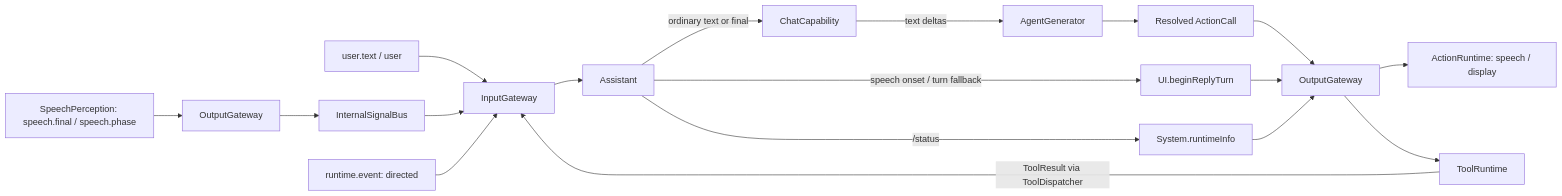
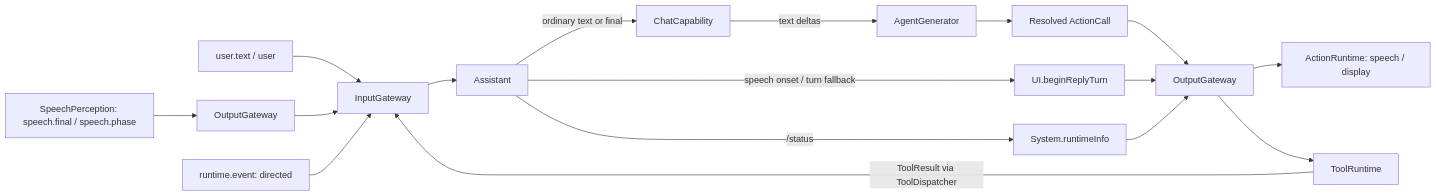
One commit to devilyouwei/MobileHarness changed the third of 3 diagrams in MobileHarness/Agents/Assistant/README.md. Above: the diagram before and after it, drawn with Mermaid. The commit also changed 40 other files, not shown here.

Commit message:
refactor: replace signal bus with direct gateway admission

````diff
--- a/MobileHarness/Agents/Assistant/README.md
+++ b/MobileHarness/Agents/Assistant/README.md
@@ -87,19 +87,19 @@
 ```mermaid
 flowchart LR
     User["user.text / user"] --> IG[InputGateway]
     Speech["SpeechPerception: speech.final / speech.phase"] --> OG1[OutputGateway]
-    OG1 --> Bus[InternalSignalBus] --> IG
+    OG1 --> IG
     Runtime["runtime.event: directed"] --> IG
     IG --> A[Assistant]
     A -->|ordinary text or final| Chat[ChatCapability]
     Chat -->|text deltas| Parser[AgentGenerator]
     Parser --> Calls[Resolved ActionCall]
     A -->|speech onset / turn fallback| Begin[UI.beginReplyTurn]
     A -->|/status| Tool[System.runtimeInfo]
     Calls --> OG2[OutputGateway]
     Begin --> OG2
     Tool --> OG2
     OG2 --> AR[ActionRuntime: speech / display]
     OG2 --> TR[ToolRuntime]
     TR -->|ToolResult via ToolDispatcher| IG
 ```
````
